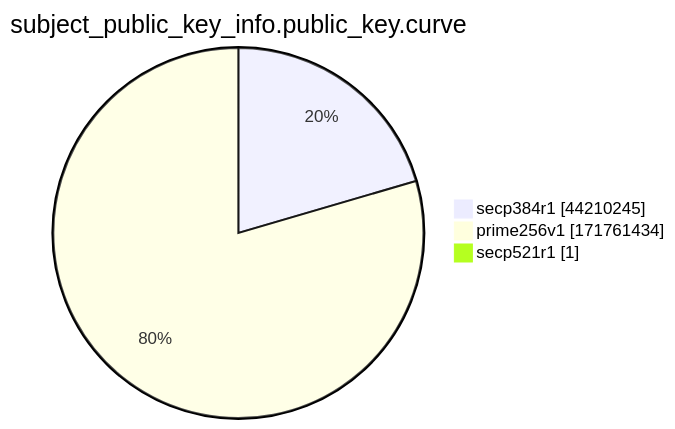
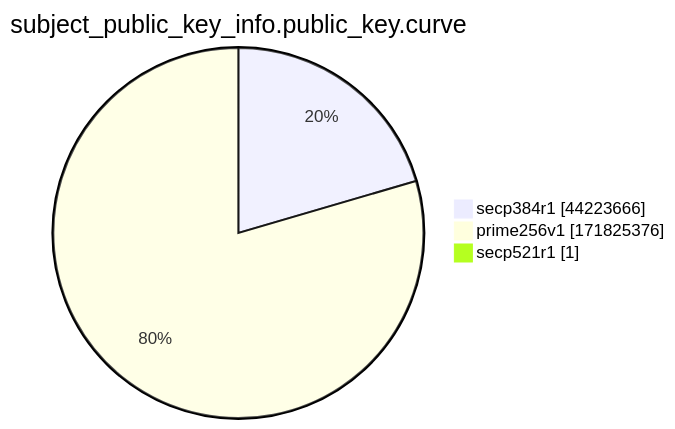
Before and after one commit to christiankrug/ctmonitor_visualization: the ninth of 15 diagrams in xenon2022/README.md, drawn with Mermaid. The commit also changed other lines of this file, not shown here.

````diff
--- a/xenon2022/README.md
+++ b/xenon2022/README.md
@@ -2871,7 +2871,7 @@
 ```mermaid
 pie showData
 title subject_public_key_info.public_key.curve
-"secp384r1" :44210245
-"prime256v1" :171761434
+"secp384r1" :44223666
+"prime256v1" :171825376
 "secp521r1" :1
 ```
````
